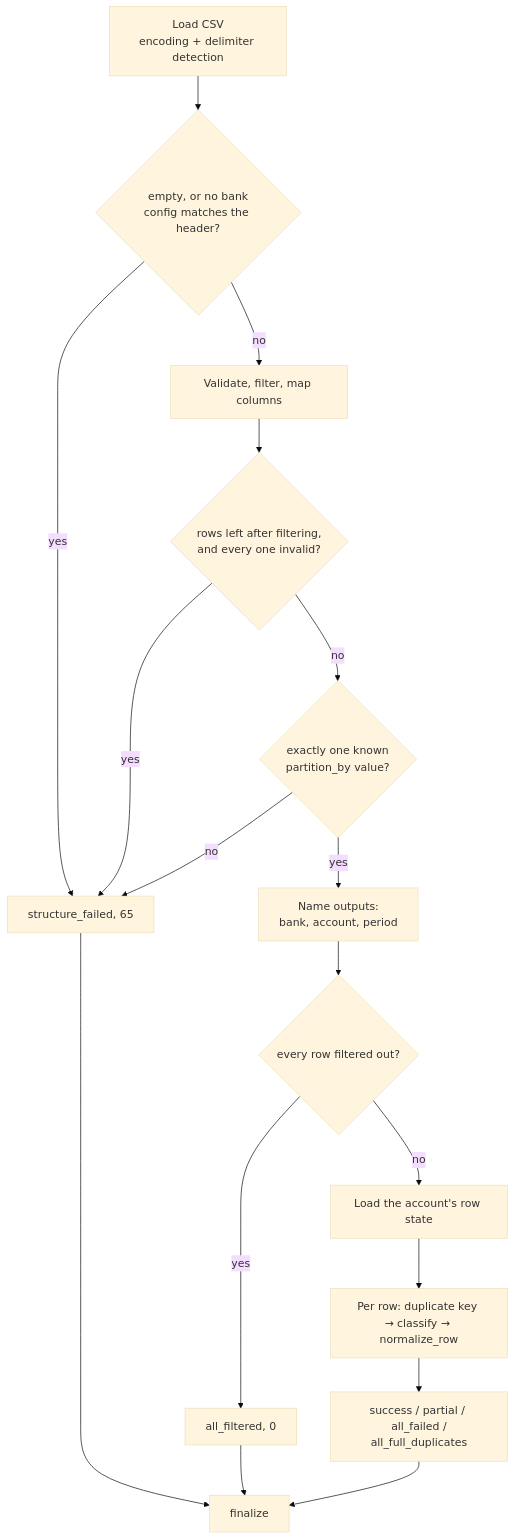
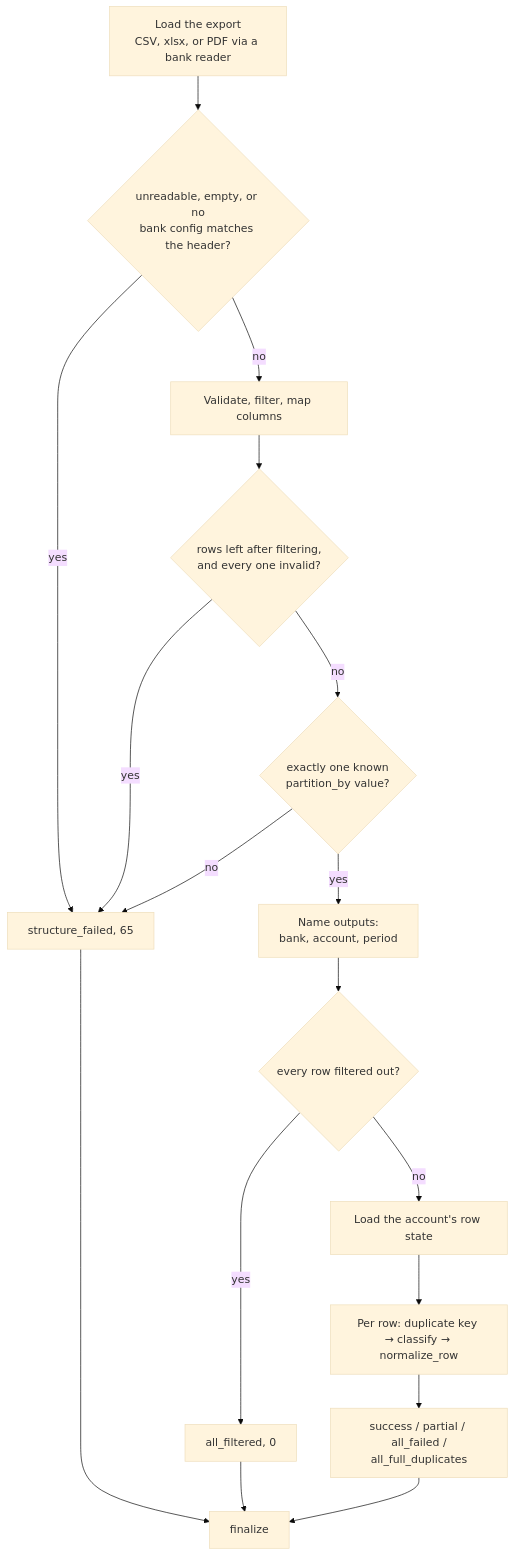
The first of 4 diagrams in .claude/rules/architectural_patterns.md (TrueNAS-Script-Kiddie/firefly-iii-feeder), drawn with Mermaid (base theme) before and after one commit. The commit also changed other lines of this file and 8 other files, not shown here.

First line of the commit message:
Plan 02 step 1: accept xlsx and pdf

````diff
--- a/.claude/rules/architectural_patterns.md
+++ b/.claude/rules/architectural_patterns.md
@@ -15,19 +15,19 @@
 ```mermaid
 flowchart TD
-    L[Load CSV<br/>encoding + delimiter detection] --> E{empty, or no bank<br/>config matches the header?}
+    L[Load the export<br/>CSV, xlsx, or PDF via a bank reader] --> E{unreadable, empty, or no<br/>bank config matches the header?}
     E -->|yes| R65[structure_failed, 65]
     E -->|no| V[Validate, filter, map columns]
     V --> A{rows left after filtering,<br/>and every one invalid?}
     A -->|yes| R65
     A -->|no| P{exactly one known<br/>partition_by value?}
     P -->|no| R65
     P -->|yes| N[Name outputs:<br/>bank, account, period]
     N --> AF{every row filtered out?}
     AF -->|yes| F0[all_filtered, 0]
     AF -->|no| S[Load the account's row state]
     S --> LOOP[Per row: duplicate key → classify → normalize_row]
     LOOP --> O[success / partial / all_failed /<br/>all_full_duplicates]
     R65 --> FIN[finalize]
     F0 --> FIN
     O --> FIN
 ```
````
